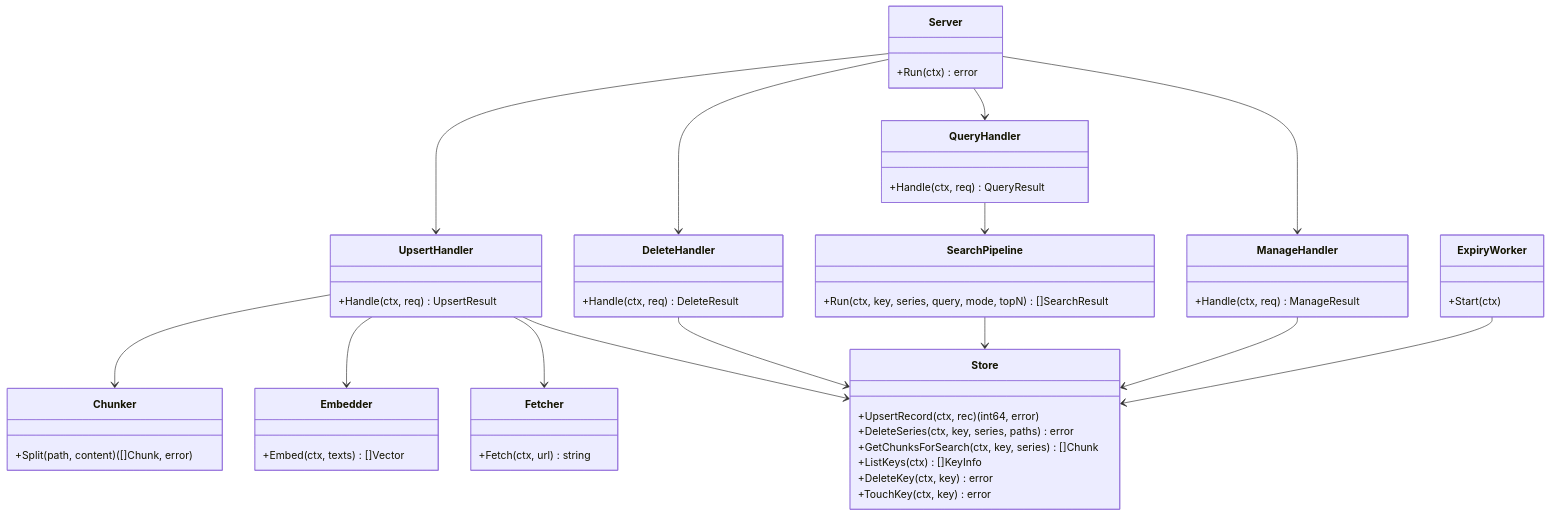
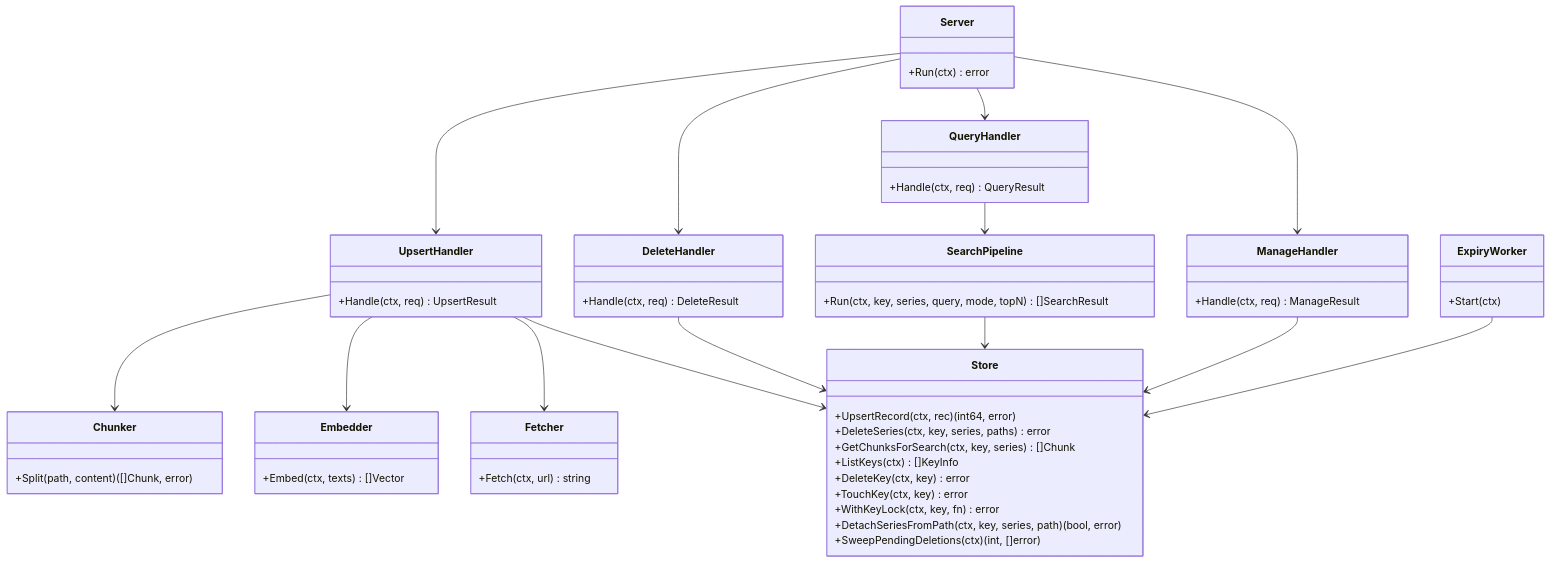
The second of 6 diagrams in docs/specs/base/design/DES-001_doc_db_mcp_server_design.md (BlueEventHorizon/doc-db-mcp-server), drawn with Mermaid before and after one commit. The commit also changed other lines of this file and 17 other files, not shown here.

````diff
--- a/docs/specs/base/design/DES-001_doc_db_mcp_server_design.md
+++ b/docs/specs/base/design/DES-001_doc_db_mcp_server_design.md
@@ -92,55 +94,58 @@
 ```mermaid
 classDiagram
     class Server {
         +Run(ctx) error
     }
     class UpsertHandler {
         +Handle(ctx, req) UpsertResult
     }
     class DeleteHandler {
         +Handle(ctx, req) DeleteResult
     }
     class QueryHandler {
         +Handle(ctx, req) QueryResult
     }
     class ManageHandler {
         +Handle(ctx, req) ManageResult
     }
     class Store {
         +UpsertRecord(ctx, rec) (int64, error)
         +DeleteSeries(ctx, key, series, paths) error
         +GetChunksForSearch(ctx, key, series) []Chunk
         +ListKeys(ctx) []KeyInfo
         +DeleteKey(ctx, key) error
         +TouchKey(ctx, key) error
+        +WithKeyLock(ctx, key, fn) error
+        +DetachSeriesFromPath(ctx, key, series, path) (bool, error)
+        +SweepPendingDeletions(ctx) (int, []error)
     }
     class Chunker {
         +Split(path, content) ([]Chunk, error)
     }
     class Embedder {
         +Embed(ctx, texts) []Vector
     }
     class Fetcher {
         +Fetch(ctx, url) string
     }
     class SearchPipeline {
         +Run(ctx, key, series, query, mode, topN) []SearchResult
     }
     class ExpiryWorker {
         +Start(ctx)
     }
 
     Server --> UpsertHandler
     Server --> DeleteHandler
     Server --> QueryHandler
     Server --> ManageHandler
     ManageHandler --> Store
     UpsertHandler --> Chunker
     UpsertHandler --> Embedder
     UpsertHandler --> Fetcher
     UpsertHandler --> Store
     DeleteHandler --> Store
     QueryHandler --> SearchPipeline
     SearchPipeline --> Store
     ExpiryWorker --> Store
 ```
````
